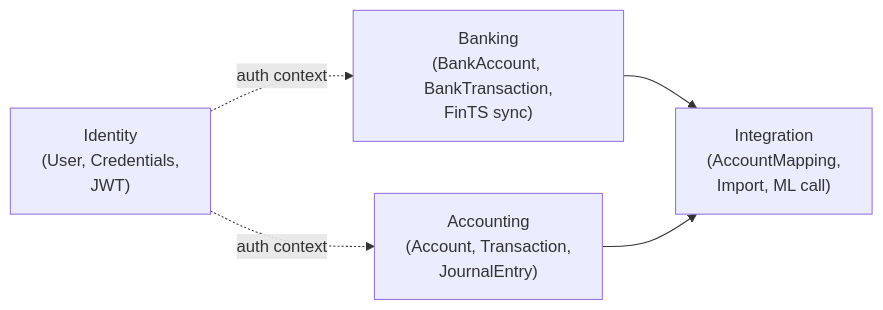
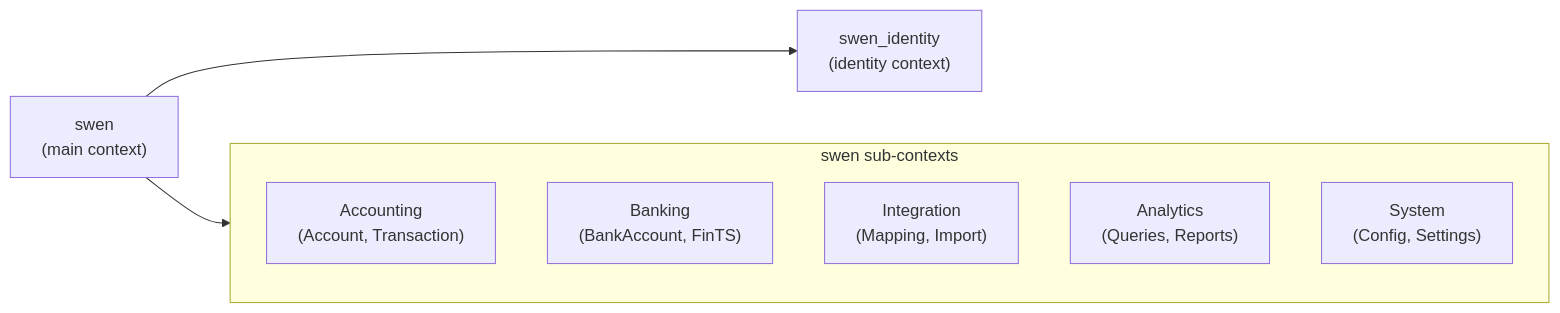
The second of 3 diagrams in docs/dev/architecture.md (maltewinckler/swen), drawn with Mermaid before and after one commit. The commit also changed other lines of this file and 9 other files, not shown here.

````diff
--- a/docs/dev/architecture.md
+++ b/docs/dev/architecture.md
@@ -74,12 +74,12 @@
 ```mermaid
 graph LR
-    Banking["Banking\n(BankAccount, BankTransaction,\nFinTS sync)"]
-    Accounting["Accounting\n(Account, Transaction,\nJournalEntry)"]
-    Identity["Identity\n(User, Credentials,\nJWT)"]
-    Integration["Integration\n(AccountMapping,\nImport, ML call)"]
-
-    Banking --> Integration
-    Accounting --> Integration
-    Identity -.->|auth context| Accounting
-    Identity -.->|auth context| Banking
+    swen["swen\n(main context)"] --> swen_id["swen_identity\n(identity context)"]
+    subgraph swen_contexts["swen sub-contexts"]
+        Acc["Accounting\n(Account, Transaction)"]
+        Ban["Banking\n(BankAccount, FinTS)"]
+        Int["Integration\n(Mapping, Import)"]
+        Ana["Analytics\n(Queries, Reports)"]
+        Sys["System\n(Config, Settings)"]
+    end
+    swen --> swen_contexts
 ```
````
